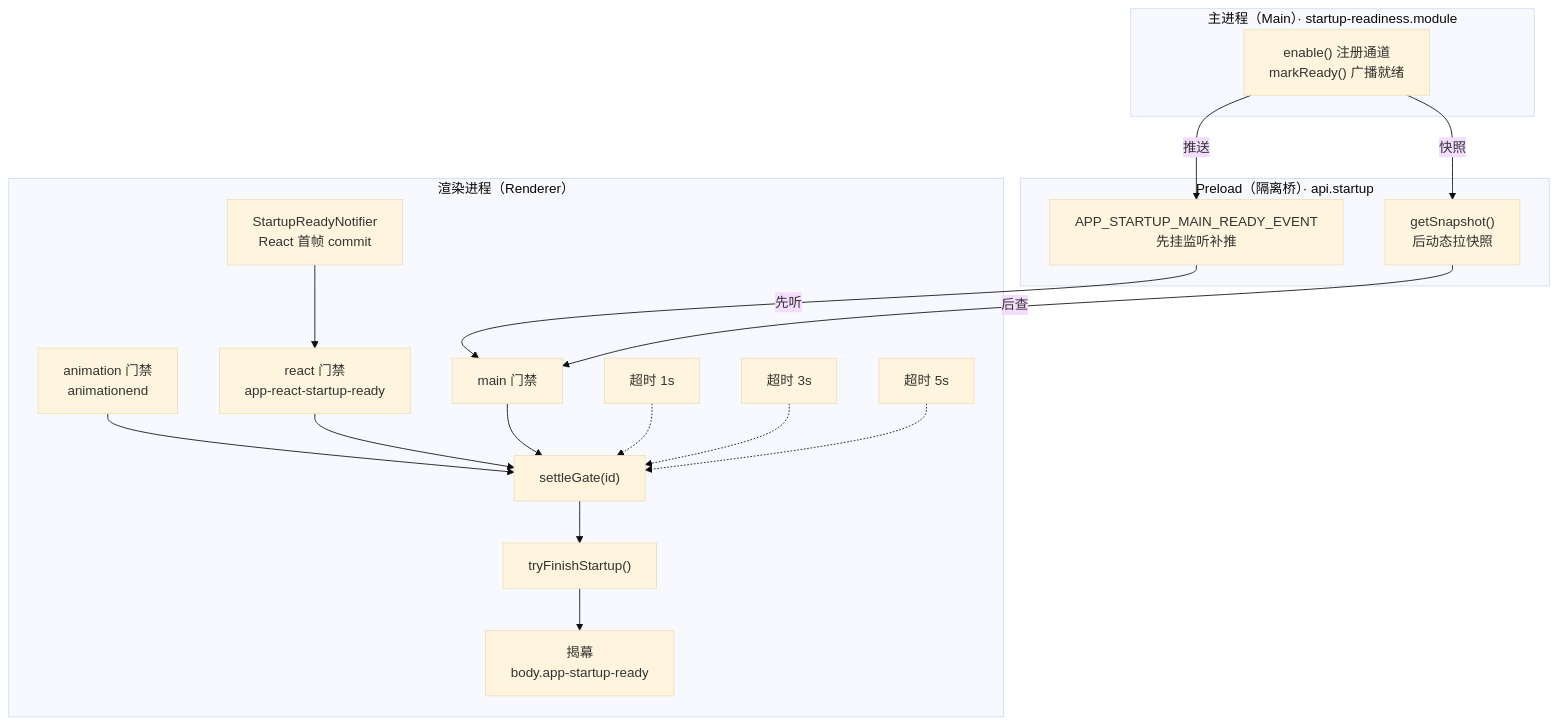
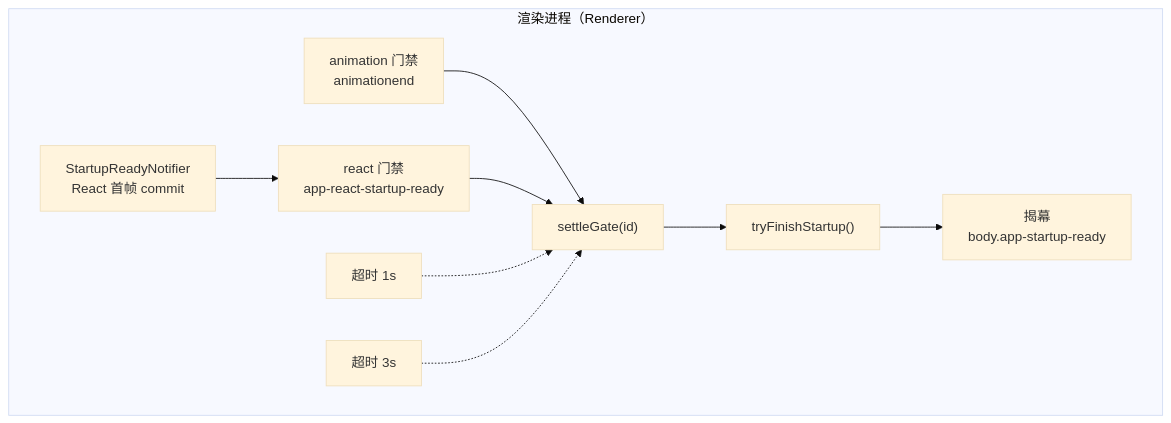
Before and after one commit to BanShan-Alec/electron-react-monorepo-template: the diagram in packages/docs/src/pages/ui/first-screen.mdx, drawn with Mermaid (base theme). The commit also changed other lines of this file and 10 other files, not shown here.

````diff
--- a/packages/docs/src/pages/ui/first-screen.mdx
+++ b/packages/docs/src/pages/ui/first-screen.mdx
@@ -26,31 +26,18 @@
 ```mermaid
 flowchart TB
   subgraph renderer["渲染进程（Renderer）"]
     StartupReadyNotifier["StartupReadyNotifier<br/>React 首帧 commit"]
     animation["animation 门禁<br/>animationend"]
     react["react 门禁<br/>app-react-startup-ready"]
-    main["main 门禁"]
     settleGate["settleGate(id)"]
     tryFinishStartup["tryFinishStartup()"]
     APP_STARTUP_READY_CLASS["揭幕<br/>body.app-startup-ready"]
     STARTUP_ANIMATION_FALLBACK_MS["超时 1s"]
     STARTUP_REACT_FALLBACK_MS["超时 3s"]
-    STARTUP_MAIN_FALLBACK_MS["超时 5s"]
-  end
-  subgraph preload["Preload（隔离桥）· api.startup"]
-    APP_STARTUP_MAIN_READY_EVENT["APP_STARTUP_MAIN_READY_EVENT<br/>先挂监听补推"]
-    getSnapshot["getSnapshot()<br/>后动态拉快照"]
-  end
-  subgraph mainProcess["主进程（Main）· startup-readiness.module"]
-    startupReadiness["enable() 注册通道<br/>markReady() 广播就绪"]
   end
   StartupReadyNotifier --> react
-  animation & react & main --> settleGate
-  STARTUP_ANIMATION_FALLBACK_MS & STARTUP_REACT_FALLBACK_MS & STARTUP_MAIN_FALLBACK_MS -.-> settleGate
+  animation & react --> settleGate
+  STARTUP_ANIMATION_FALLBACK_MS & STARTUP_REACT_FALLBACK_MS -.-> settleGate
   settleGate --> tryFinishStartup
   tryFinishStartup --> APP_STARTUP_READY_CLASS
-  startupReadiness -->|"推送"| APP_STARTUP_MAIN_READY_EVENT
-  startupReadiness -->|"快照"| getSnapshot
-  APP_STARTUP_MAIN_READY_EVENT -->|"先听"| main
-  getSnapshot -->|"后查"| main
 ```
````
